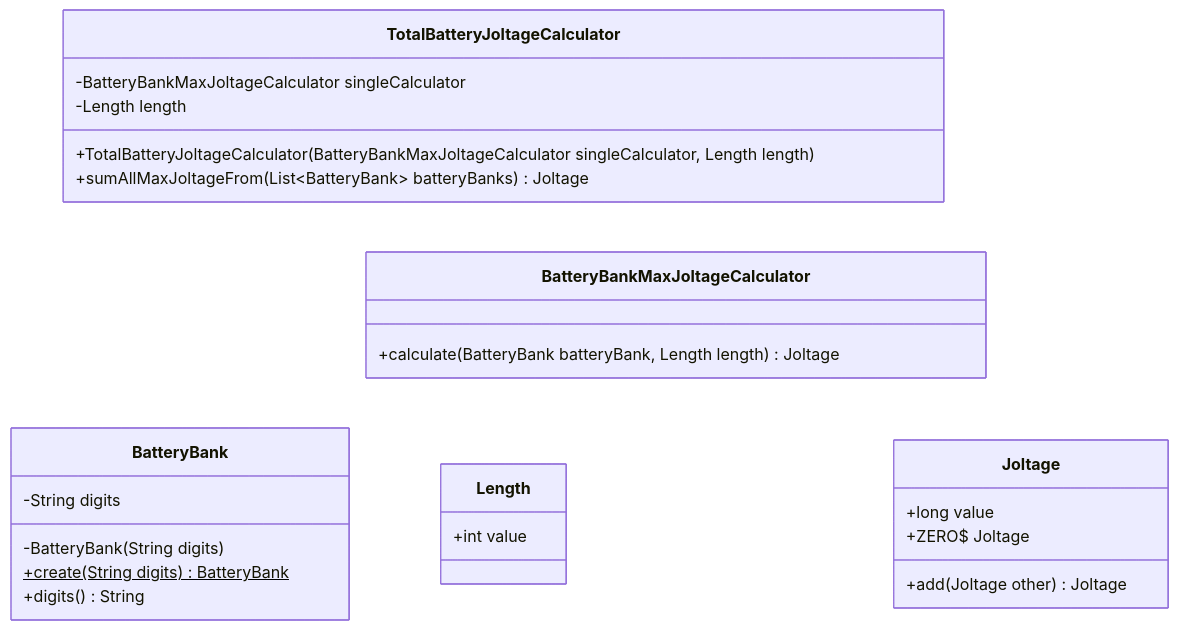
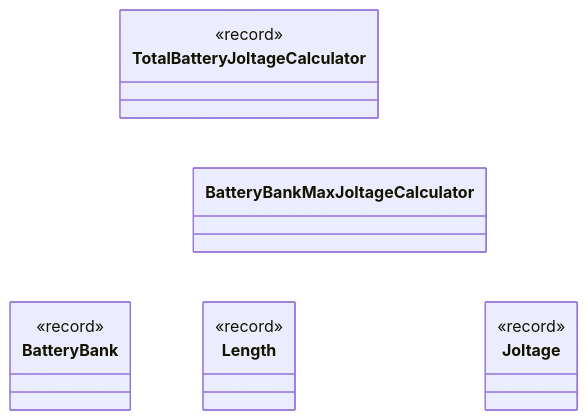
Before and after one commit to lauraheerrera/aoc2025: the diagram in UML diagrams/uml_day03.md, drawn with Mermaid. The commit also changed 76 other files, not shown here.

````diff
--- a/UML diagrams/uml_day03.md
+++ b/UML diagrams/uml_day03.md
@@ -3,35 +3,26 @@
 ```mermaid
 %%{init: { 'themeVariables': { 'lineColor': '#FFFFFF' } } }%%
 classDiagram
     direction TB
     class TotalBatteryJoltageCalculator {
-        -BatteryBankMaxJoltageCalculator singleCalculator
-        -Length length
-        +TotalBatteryJoltageCalculator(BatteryBankMaxJoltageCalculator singleCalculator, Length length)
-        +sumAllMaxJoltageFrom(List~BatteryBank~ batteryBanks) Joltage
+        <<record>>
     }
     class BatteryBankMaxJoltageCalculator {
-        +calculate(BatteryBank batteryBank, Length length) Joltage
     }
     class BatteryBank {
-        -String digits
-        -BatteryBank(String digits)
-        +create(String digits)$ BatteryBank
-        +digits() String
+        <<record>>
     }
     class Joltage {
-        +long value
-        +ZERO$ Joltage
-        +add(Joltage other) Joltage
+        <<record>>
     }
     class Length {
-        +int value
+        <<record>>
     }
     TotalBatteryJoltageCalculator --> BatteryBankMaxJoltageCalculator
     TotalBatteryJoltageCalculator --> Length
     TotalBatteryJoltageCalculator ..> BatteryBank
     TotalBatteryJoltageCalculator ..> Joltage
     BatteryBankMaxJoltageCalculator ..> BatteryBank
     BatteryBankMaxJoltageCalculator ..> Length
     BatteryBankMaxJoltageCalculator ..> Joltage
 ```
````
